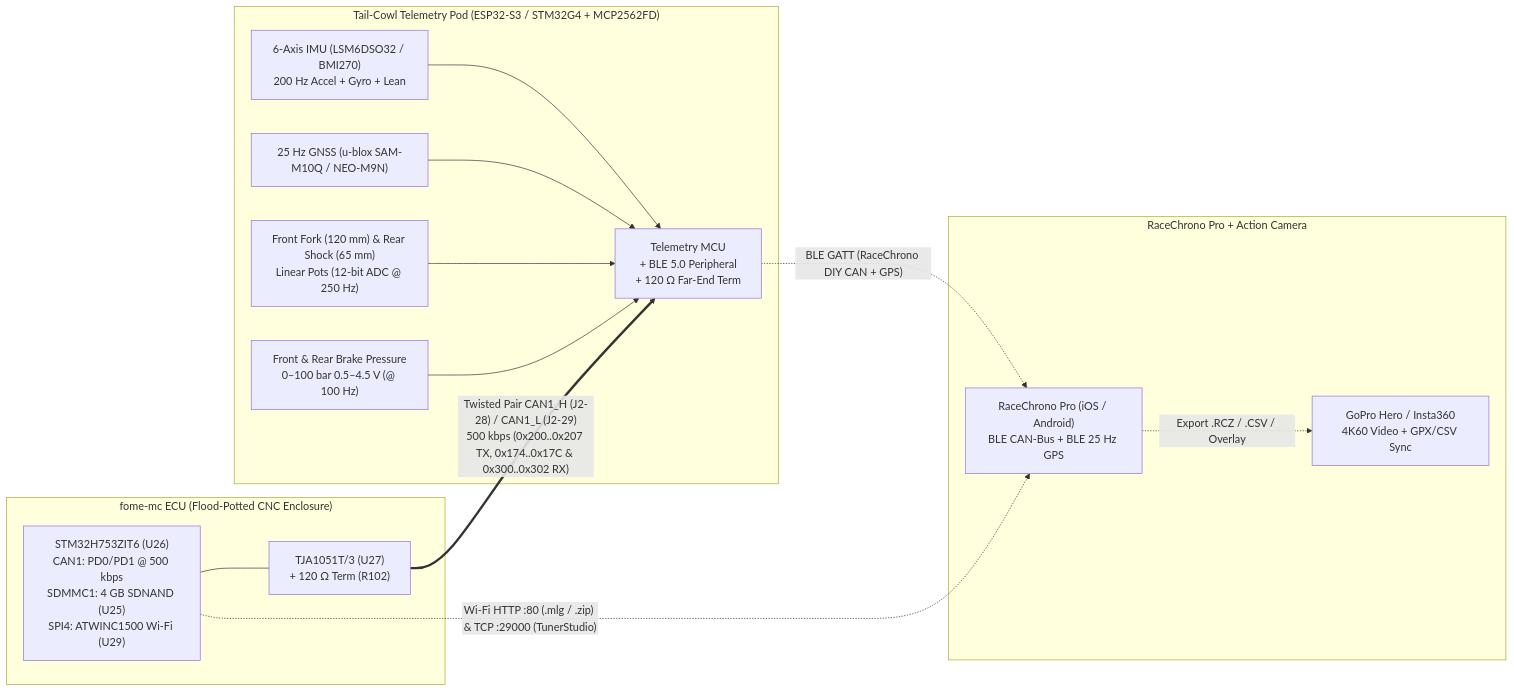
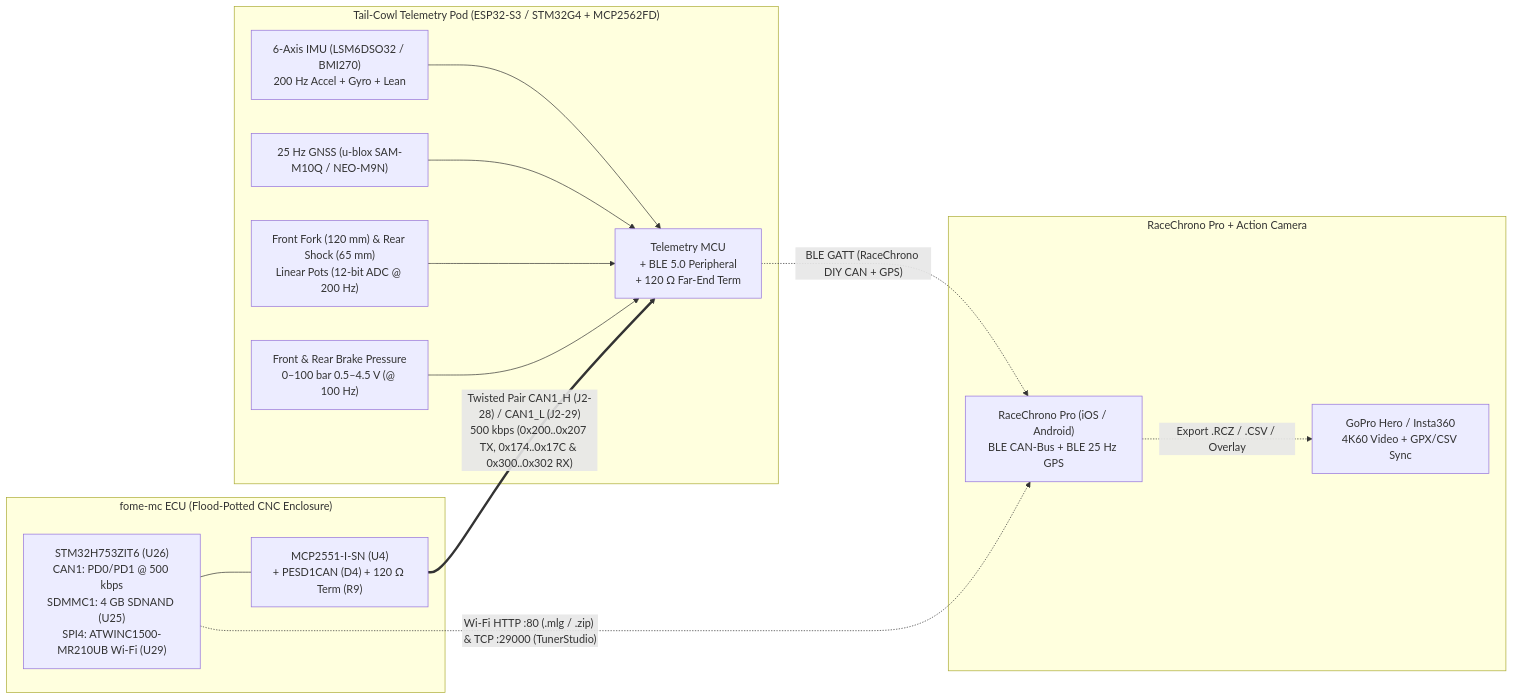
One commit to halbritt/fome-mc changed the diagram in docs/TELEMETRY_AND_RACECHRONO.md. Above: the diagram before and after it, drawn with Mermaid. The commit also changed other lines of this file and 60 other files, not shown here.

Commit message:
Update all documentation, schematic SVG/PDF exports, and PCB/floorplan/pinout diagrams

````diff
--- a/docs/TELEMETRY_AND_RACECHRONO.md
+++ b/docs/TELEMETRY_AND_RACECHRONO.md
@@ -18,30 +18,30 @@
 ```mermaid
 flowchart LR
   subgraph ECU["fome-mc ECU (Flood-Potted CNC Enclosure)"]
-    H7["STM32H753ZIT6 (U26)<br/>CAN1: PD0/PD1 @ 500 kbps<br/>SDMMC1: 4 GB SDNAND (U25)<br/>SPI4: ATWINC1500 Wi-Fi (U29)"]
-    U27["TJA1051T/3 (U27)<br/>+ 120 Ω Term (R102)"]
-    H7 --- U27
+    H7["STM32H753ZIT6 (U26)<br/>CAN1: PD0/PD1 @ 500 kbps<br/>SDMMC1: 4 GB SDNAND (U25)<br/>SPI4: ATWINC1500-MR210UB Wi-Fi (U29)"]
+    U4["MCP2551-I-SN (U4)<br/>+ PESD1CAN (D4) + 120 Ω Term (R9)"]
+    H7 --- U4
   end
 
   subgraph POD["Tail-Cowl Telemetry Pod (ESP32-S3 / STM32G4 + MCP2562FD)"]
     MCU["Telemetry MCU<br/>+ BLE 5.0 Peripheral<br/>+ 120 Ω Far-End Term"]
     IMU["6-Axis IMU (LSM6DSO32 / BMI270)<br/>200 Hz Accel + Gyro + Lean"]
     GPS["25 Hz GNSS (u-blox SAM-M10Q / NEO-M9N)"]
-    SUSP["Front Fork (120 mm) & Rear Shock (65 mm)<br/>Linear Pots (12-bit ADC @ 250 Hz)"]
+    SUSP["Front Fork (120 mm) & Rear Shock (65 mm)<br/>Linear Pots (12-bit ADC @ 200 Hz)"]
     BRK["Front & Rear Brake Pressure<br/>0–100 bar 0.5–4.5 V (@ 100 Hz)"]
     IMU --> MCU
     GPS --> MCU
     SUSP --> MCU
     BRK --> MCU
   end
 
   subgraph RC["RaceChrono Pro + Action Camera"]
     PHONE["RaceChrono Pro (iOS / Android)<br/>BLE CAN-Bus + BLE 25 Hz GPS"]
     CAM["GoPro Hero / Insta360<br/>4K60 Video + GPX/CSV Sync"]
     PHONE -. "Export .RCZ / .CSV / Overlay" .-> CAM
   end
 
-  U27 == "Twisted Pair CAN1_H (J2-28) / CAN1_L (J2-29)<br/>500 kbps (0x200..0x207 TX, 0x174..0x17C & 0x300..0x302 RX)" ==> MCU
+  U4 == "Twisted Pair CAN1_H (J2-28) / CAN1_L (J2-29)<br/>500 kbps (0x200..0x207 TX, 0x174..0x17C & 0x300..0x302 RX)" ==> MCU
   MCU -. "BLE GATT (RaceChrono DIY CAN + GPS)" .-> PHONE
   H7 -. "Wi-Fi HTTP :80 (.mlg / .zip) & TCP :29000 (TunerStudio)" .-> PHONE
 ```
````
